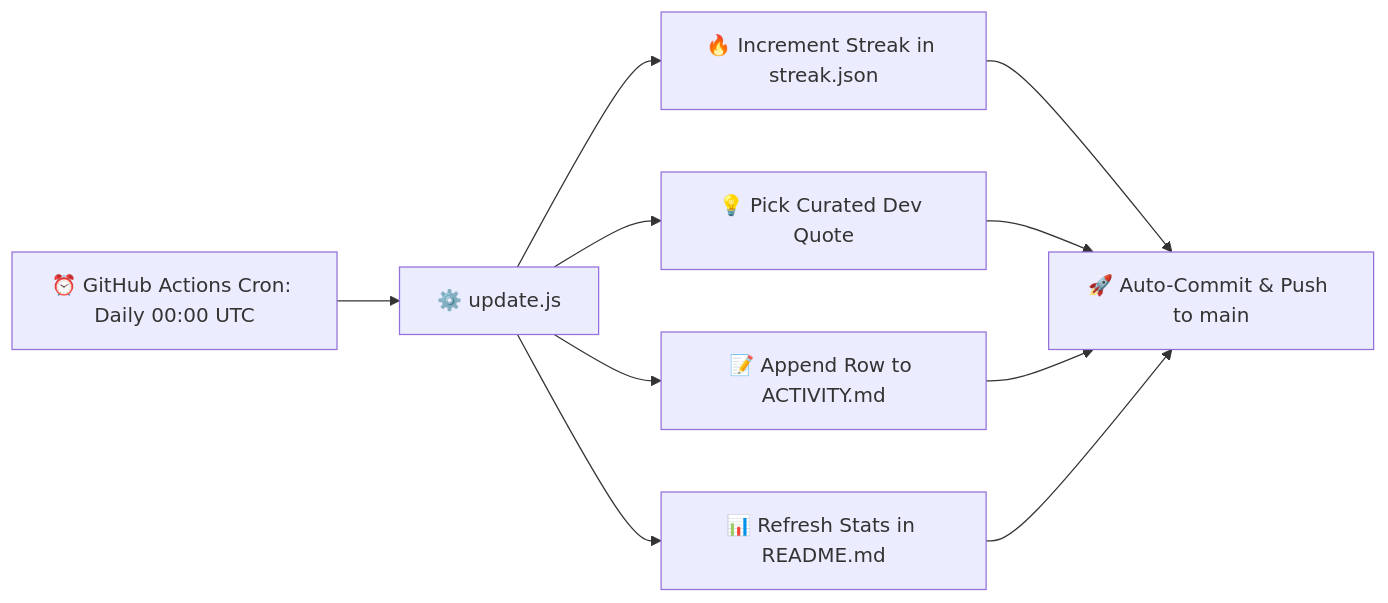
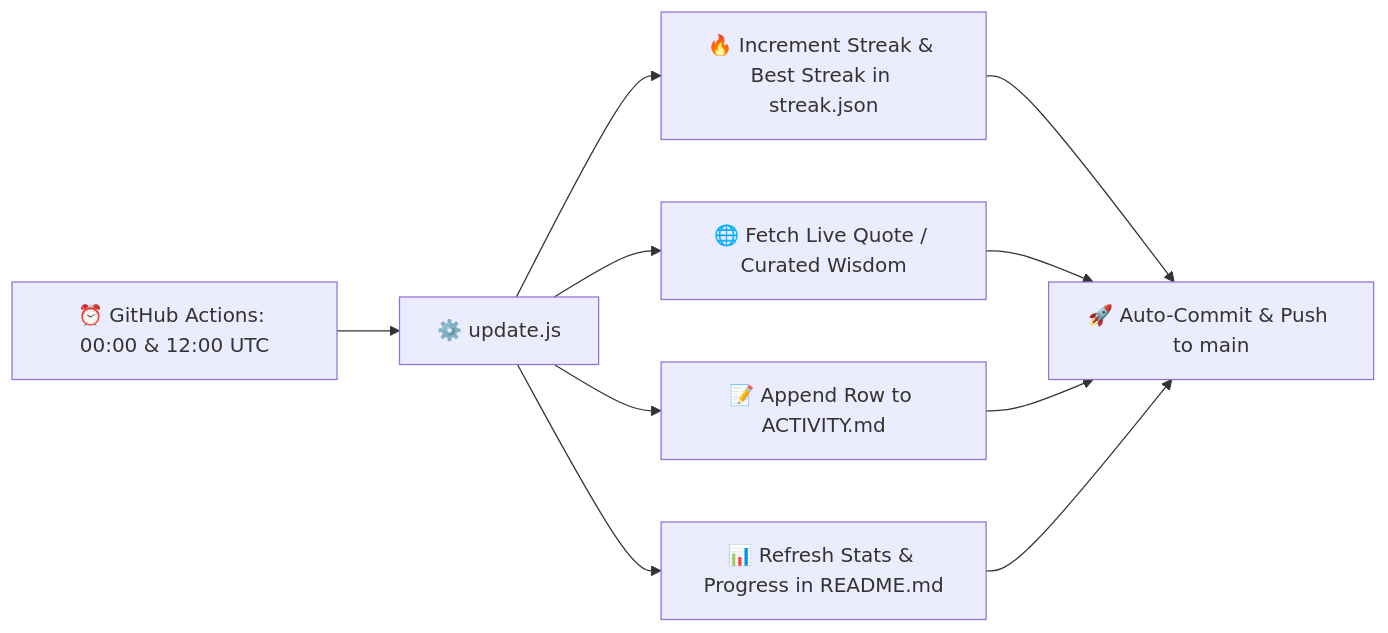
Before and after one commit to riduanShihab/Dev_Quote_-_Wisdom: the diagram in README.md, drawn with Mermaid. The commit also changed other lines of this file and 6 other files, not shown here.

Commit message:
feat: upgrade commit bot with dynamic quote APIs, 60+ quotes archive, milestone progress and multi-schedule cron

````diff
--- a/README.md
+++ b/README.md
@@ -36,9 +50,9 @@
 ```mermaid
 flowchart LR
-    A[⏰ GitHub Actions Cron: Daily 00:00 UTC] --> B[⚙️ update.js]
-    B --> C[🔥 Increment Streak in streak.json]
-    B --> D[💡 Pick Curated Dev Quote]
+    A[⏰ GitHub Actions: 00:00 & 12:00 UTC] --> B[⚙️ update.js]
+    B --> C[🔥 Increment Streak & Best Streak in streak.json]
+    B --> D[🌐 Fetch Live Quote / Curated Wisdom]
     B --> E[📝 Append Row to ACTIVITY.md]
-    B --> F[📊 Refresh Stats in README.md]
+    B --> F[📊 Refresh Stats & Progress in README.md]
     C & D & E & F --> G[🚀 Auto-Commit & Push to main]
 ```
````
